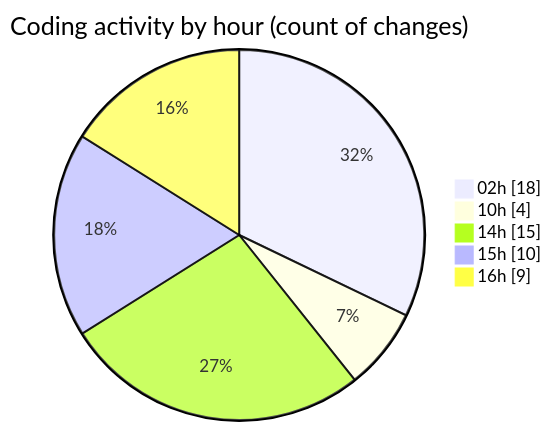
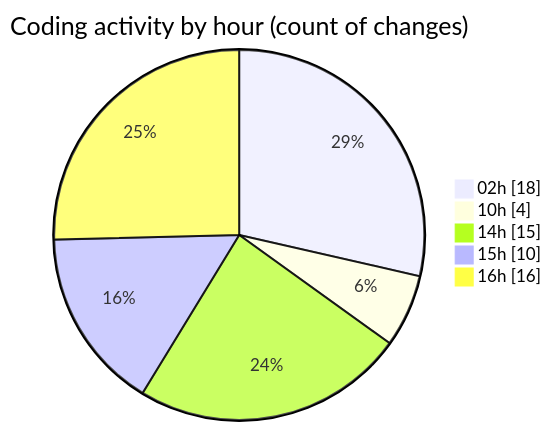
Before and after one commit to julien-gomy/code-tracking: the second of 2 diagrams in 2025-10-15/eventscop-frontend-guide__workspace_/README.md, drawn with Mermaid. The commit also changed other lines of this file and 1 other file, not shown here.

````diff
--- a/2025-10-15/eventscop-frontend-guide__workspace_/README.md
+++ b/2025-10-15/eventscop-frontend-guide__workspace_/README.md
@@ -43,9 +46,9 @@
 ```mermaid
 pie showData
 title Coding activity by hour (count of changes)
 "02h" : 18
 "10h" : 4
 "14h" : 15
 "15h" : 10
-"16h" : 9
+"16h" : 16
 ```
````
